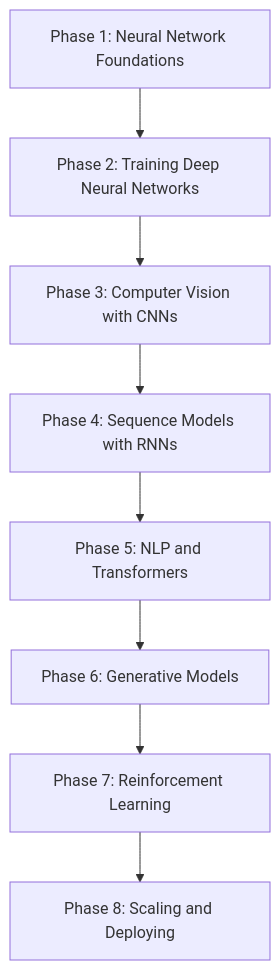
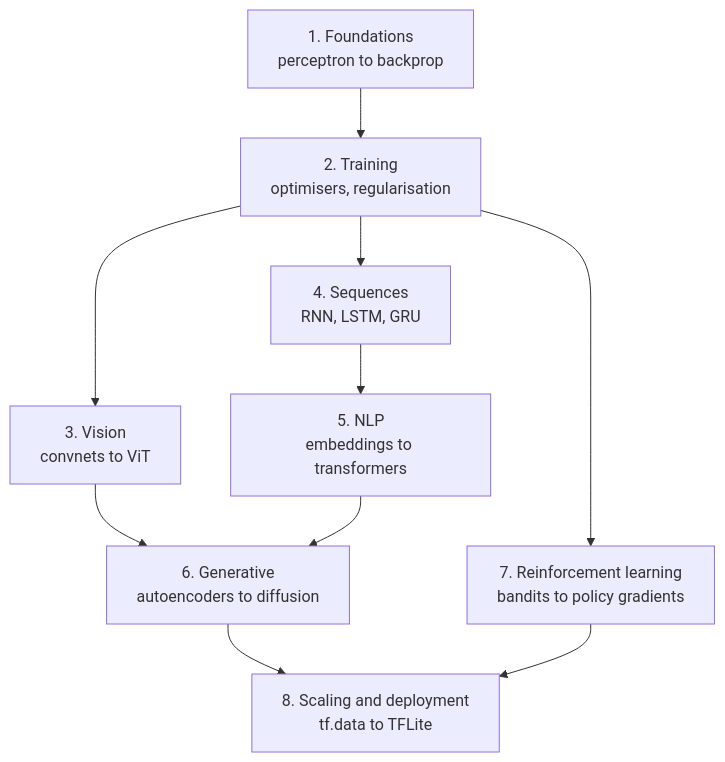
Before and after one commit to Ravikisha/PythonCentralHub: the diagram in src/content/docs/Deep Learning/Deep Learning.mdx, drawn with Mermaid. The commit also changed other lines of this file and 626 other files, not shown here.

Commit message:
feat(deep-learning): rebuild the module around measured results

````diff
--- a/src/content/docs/Deep Learning/Deep Learning.mdx
+++ b/src/content/docs/Deep Learning/Deep Learning.mdx
@@ -49,10 +41,12 @@
 ```mermaid
 flowchart TD
-  P1["Phase 1: Neural Network Foundations"] --> P2["Phase 2: Training Deep Neural Networks"]
-  P2 --> P3["Phase 3: Computer Vision with CNNs"]
-  P3 --> P4["Phase 4: Sequence Models with RNNs"]
-  P4 --> P5["Phase 5: NLP and Transformers"]
-  P5 --> P6["Phase 6: Generative Models"]
-  P6 --> P7["Phase 7: Reinforcement Learning"]
-  P7 --> P8["Phase 8: Scaling and Deploying"]
+  P1["1. Foundations<br/>perceptron to backprop"] --> P2["2. Training<br/>optimisers, regularisation"]
+  P2 --> P3["3. Vision<br/>convnets to ViT"]
+  P2 --> P4["4. Sequences<br/>RNN, LSTM, GRU"]
+  P4 --> P5["5. NLP<br/>embeddings to transformers"]
+  P3 --> P6["6. Generative<br/>autoencoders to diffusion"]
+  P5 --> P6
+  P2 --> P7["7. Reinforcement learning<br/>bandits to policy gradients"]
+  P6 --> P8["8. Scaling and deployment<br/>tf.data to TFLite"]
+  P7 --> P8
 ```
````
